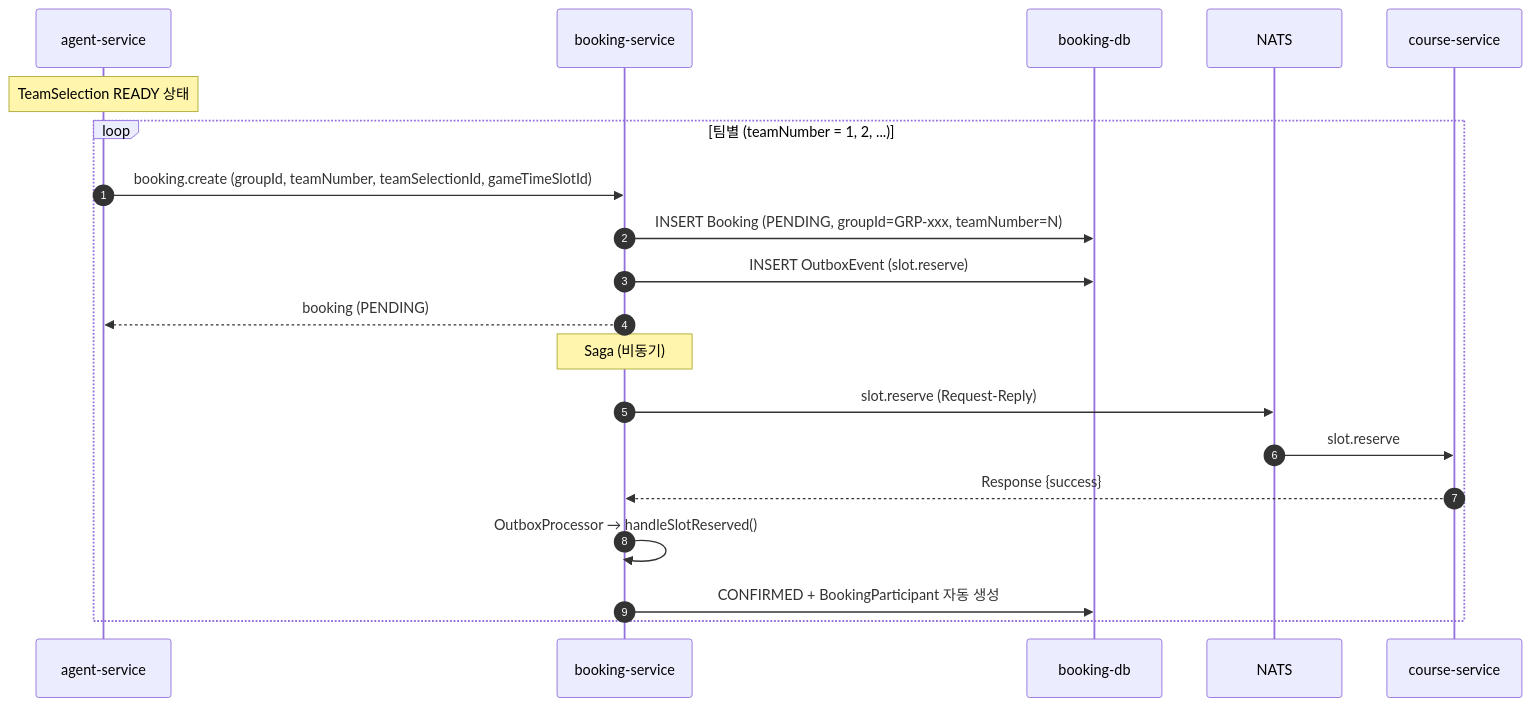
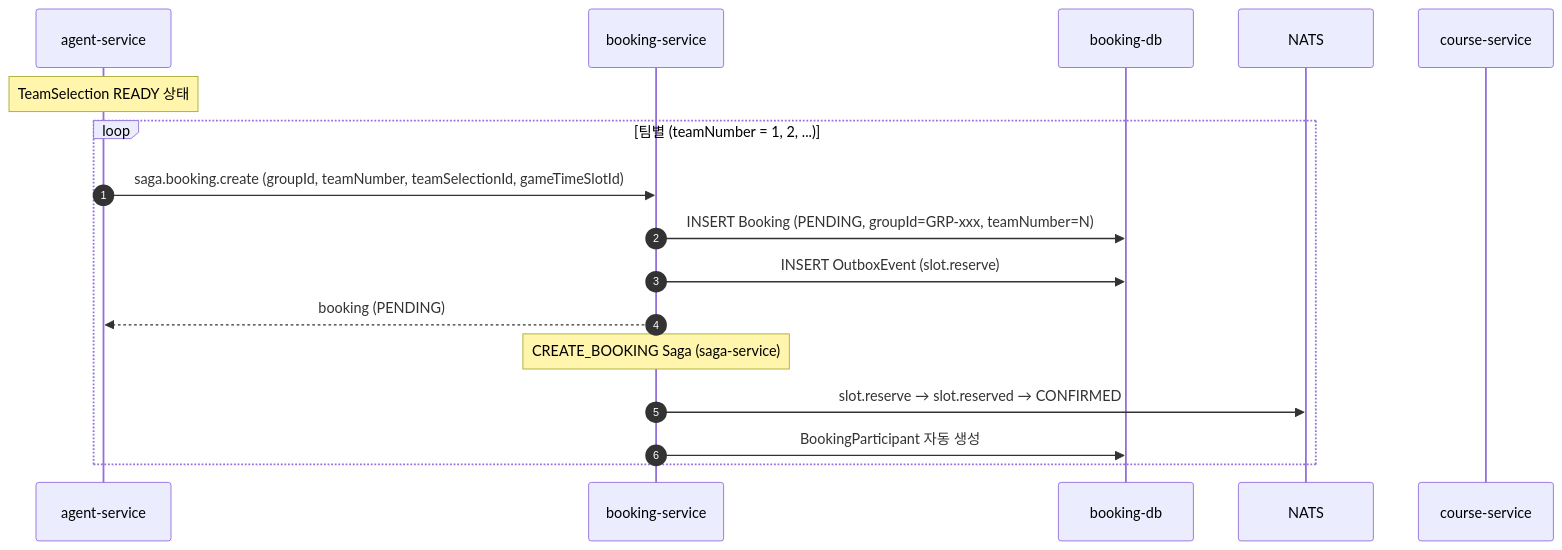
Diagram 13 of 15 in docs/workflow/BOOKING.md (uniyous/parkgolf-platform), drawn with Mermaid before and after one commit. The commit also changed other lines of this file and 9 other files, not shown here.

First line of the commit message:
docs: saga-service 독립 분리에 따른 아키텍처/워크플로우 문서 현행화

````diff
--- a/docs/workflow/BOOKING.md
+++ b/docs/workflow/BOOKING.md
@@ -1414,25 +875,22 @@
 ```mermaid
 sequenceDiagram
     autonumber
     participant Agent as agent-service
     participant BS as booking-service
     participant DB as booking-db
     participant NATS as NATS
     participant CS as course-service
 
     Note over Agent: TeamSelection READY 상태
 
     loop 팀별 (teamNumber = 1, 2, ...)
-        Agent->>BS: booking.create (groupId, teamNumber, teamSelectionId, gameTimeSlotId)
+        Agent->>BS: saga.booking.create (groupId, teamNumber, teamSelectionId, gameTimeSlotId)
         BS->>DB: INSERT Booking (PENDING, groupId=GRP-xxx, teamNumber=N)
         BS->>DB: INSERT OutboxEvent (slot.reserve)
         BS-->>Agent: booking (PENDING)
 
-        Note over BS: Saga (비동기)
-        BS->>NATS: slot.reserve (Request-Reply)
-        NATS->>CS: slot.reserve
-        CS-->>BS: Response {success}
-        BS->>BS: OutboxProcessor → handleSlotReserved()
-        BS->>DB: CONFIRMED + BookingParticipant 자동 생성
+        Note over BS: CREATE_BOOKING Saga (saga-service)
+        BS->>NATS: slot.reserve → slot.reserved → CONFIRMED
+        BS->>DB: BookingParticipant 자동 생성
     end
 ```
````
